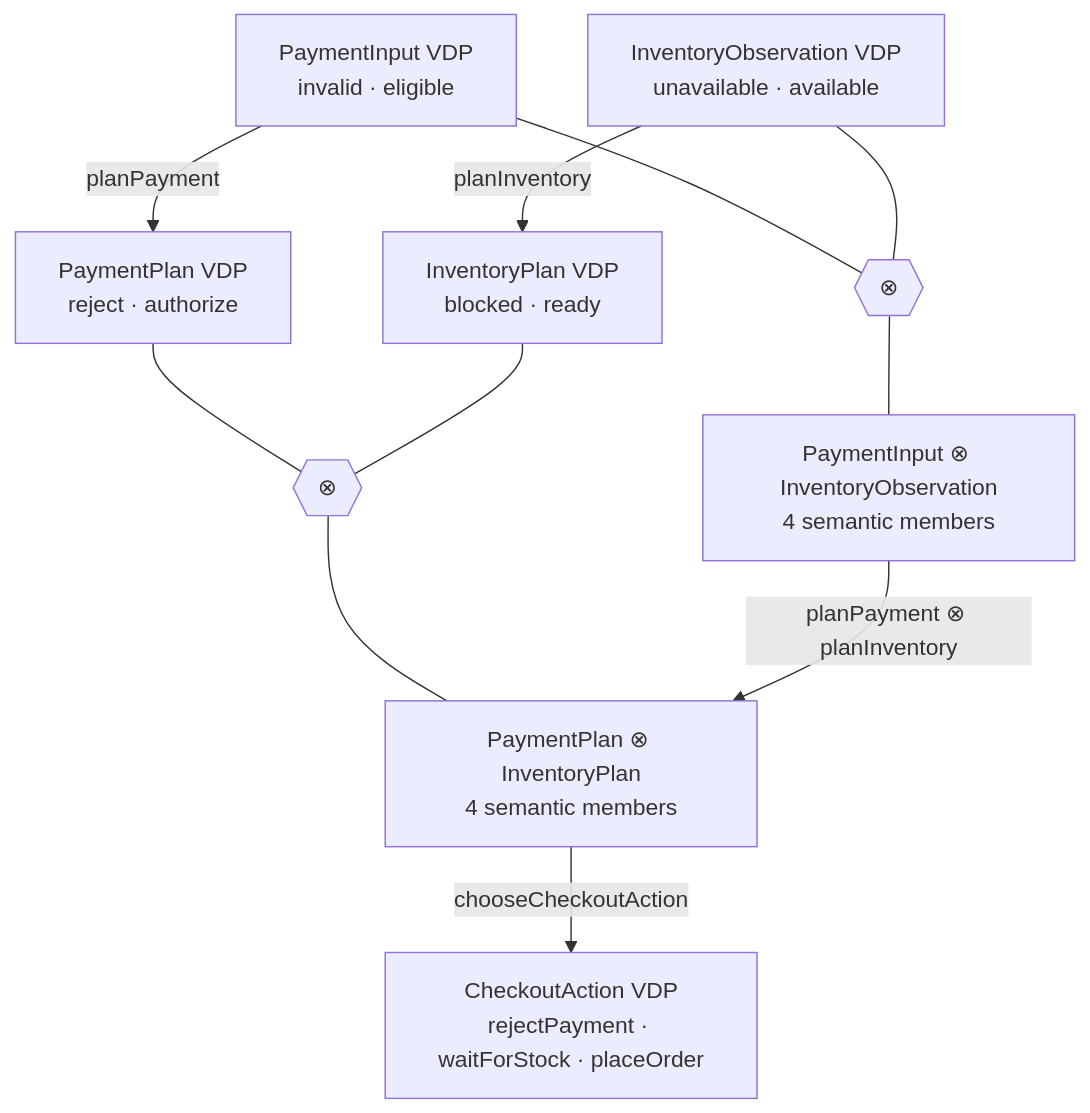
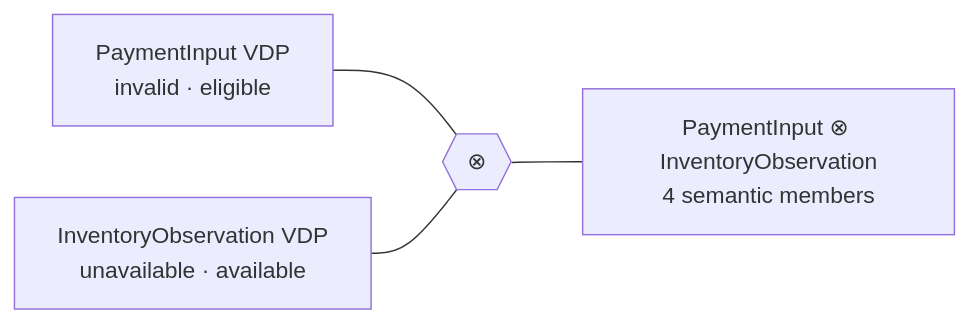
The first of 2 diagrams in README.md (mrvanish97/archiscript), drawn with Mermaid before and after one commit. The commit also changed other lines of this file, not shown here.

Commit message:
docs: make README concise and clarify tensor architecture

````diff
--- a/README.md
+++ b/README.md
@@ -390,30 +46,11 @@
 ```mermaid
-flowchart TB
-  PI["PaymentInput VDP<br/>invalid · eligible"]
-  II["InventoryObservation VDP<br/>unavailable · available"]
+flowchart LR
+  P["PaymentInput VDP<br/>invalid · eligible"]
+  I["InventoryObservation VDP<br/>unavailable · available"]
+  T{{"⊗"}}
+  J["PaymentInput ⊗ InventoryObservation<br/>4 semantic members"]
 
-  TIN{{"⊗"}}
-  JOINT_IN["PaymentInput ⊗ InventoryObservation<br/>4 semantic members"]
-
-  PP["PaymentPlan VDP<br/>reject · authorize"]
-  IP["InventoryPlan VDP<br/>blocked · ready"]
-
-  TOUT{{"⊗"}}
-  JOINT_PLAN["PaymentPlan ⊗ InventoryPlan<br/>4 semantic members"]
-
-  ACTION["CheckoutAction VDP<br/>rejectPayment · waitForStock · placeOrder"]
-
-  PI -->|"planPayment"| PP
-  II -->|"planInventory"| IP
-
-  PI --- TIN
-  II --- TIN
-  TIN --- JOINT_IN
-
-  PP --- TOUT
-  IP --- TOUT
-  TOUT --- JOINT_PLAN
-
-  JOINT_IN -->|"planPayment ⊗ planInventory"| JOINT_PLAN
-  JOINT_PLAN -->|"chooseCheckoutAction"| ACTION
+  P --- T
+  I --- T
+  T --- J
 ```
````
